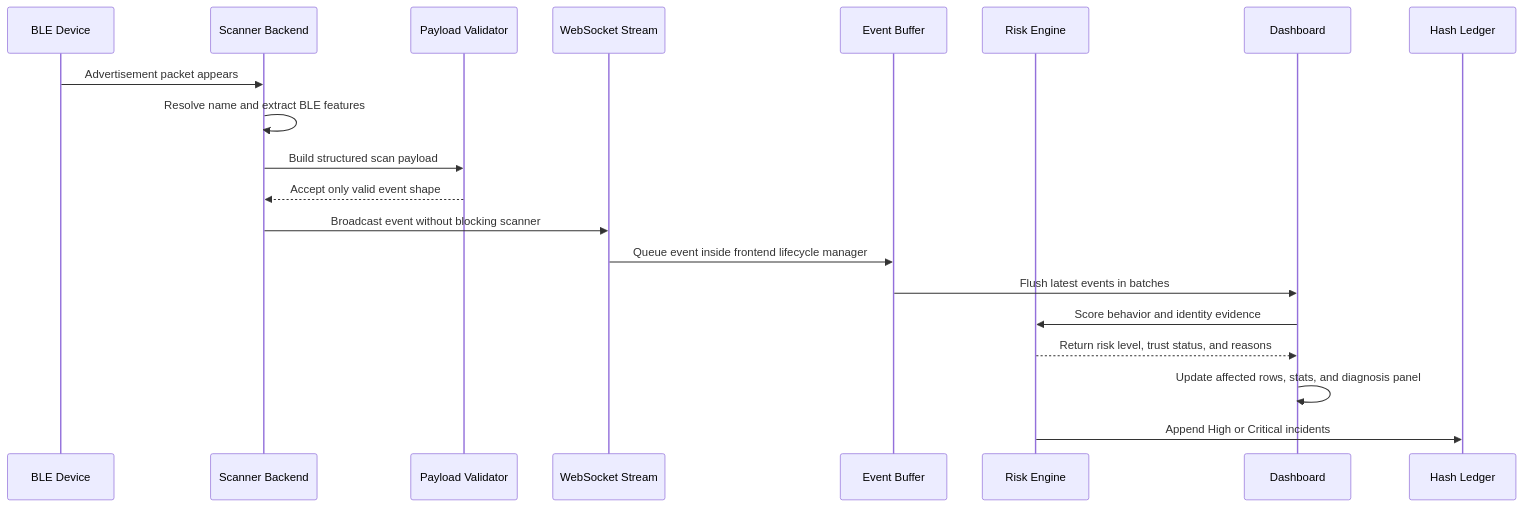
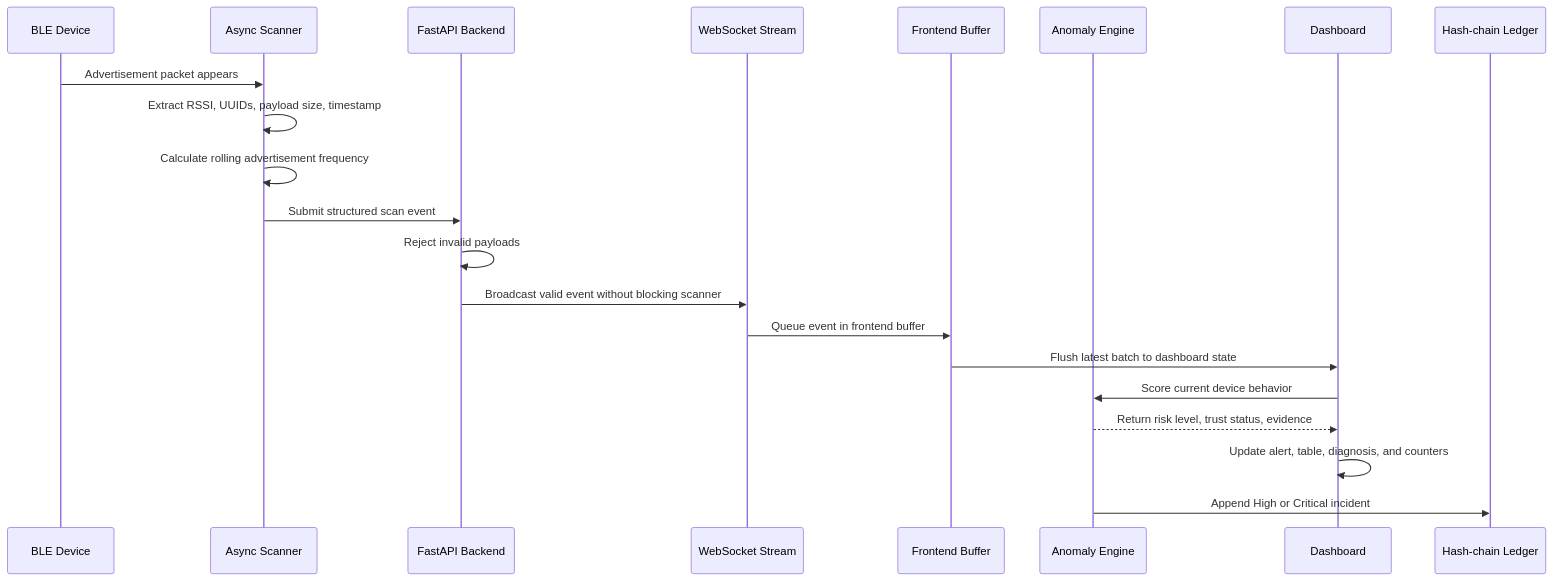
One commit to manasvi-0523/BLE_TRUST-REGISTRY changed the second of 3 diagrams in README.md. Above: the diagram before and after it, drawn with Mermaid. The commit also changed other lines of this file, not shown here.

````diff
--- a/README.md
+++ b/README.md
@@ -46,23 +61,24 @@
 ```mermaid
 sequenceDiagram
     participant BLE as BLE Device
-    participant Scanner as Scanner Backend
-    participant Validator as Payload Validator
+    participant Scanner as Async Scanner
+    participant API as FastAPI Backend
     participant WS as WebSocket Stream
-    participant Buffer as Event Buffer
-    participant Engine as Risk Engine
+    participant Buffer as Frontend Buffer
+    participant Engine as Anomaly Engine
     participant UI as Dashboard
-    participant Ledger as Hash Ledger
+    participant Ledger as Hash-chain Ledger
 
     BLE->>Scanner: Advertisement packet appears
-    Scanner->>Scanner: Resolve name and extract BLE features
-    Scanner->>Validator: Build structured scan payload
-    Validator-->>Scanner: Accept only valid event shape
-    Scanner->>WS: Broadcast event without blocking scanner
-    WS->>Buffer: Queue event inside frontend lifecycle manager
-    Buffer->>UI: Flush latest events in batches
-    UI->>Engine: Score behavior and identity evidence
-    Engine-->>UI: Return risk level, trust status, and reasons
-    UI->>UI: Update affected rows, stats, and diagnosis panel
-    Engine->>Ledger: Append High or Critical incidents
+    Scanner->>Scanner: Extract RSSI, UUIDs, payload size, timestamp
+    Scanner->>Scanner: Calculate rolling advertisement frequency
+    Scanner->>API: Submit structured scan event
+    API->>API: Reject invalid payloads
+    API->>WS: Broadcast valid event without blocking scanner
+    WS->>Buffer: Queue event in frontend buffer
+    Buffer->>UI: Flush latest batch to dashboard state
+    UI->>Engine: Score current device behavior
+    Engine-->>UI: Return risk level, trust status, evidence
+    UI->>UI: Update alert, table, diagnosis, and counters
+    Engine->>Ledger: Append High or Critical incident
 ```
````
